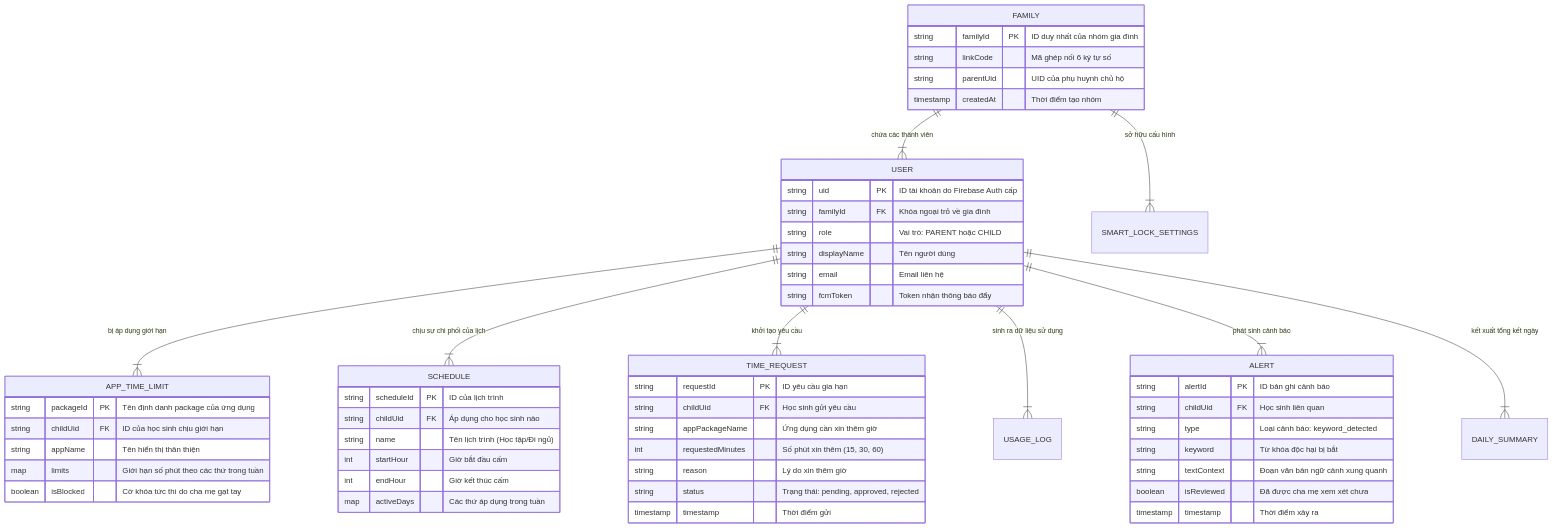
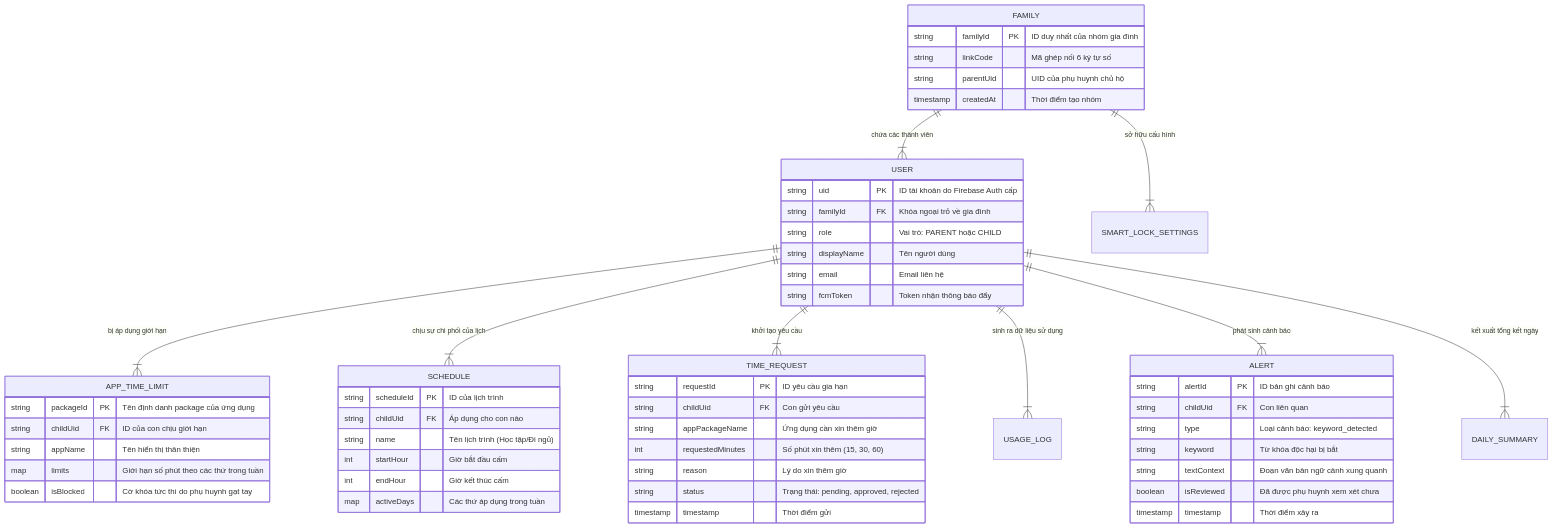
Diagram 14 of 20 in docs/Kura_Technical_Analysis.md (minhduc01168/KidGuardian-THPT), drawn with Mermaid before and after one commit. The commit also changed other lines of this file, not shown here.

Commit message:
docs: standardize terminology to Kura, Phụ huynh and Con, align diagrams with codebase

````diff
--- a/docs/Kura_Technical_Analysis.md
+++ b/docs/Kura_Technical_Analysis.md
@@ -787,64 +787,64 @@
 ```mermaid
 erDiagram
-    FAMILY ||--|{ USER : "chứa các thành viên"
-    FAMILY ||--|{ SMART_LOCK_SETTINGS : "sở hữu cấu hình"
-    USER ||--|{ APP_TIME_LIMIT : "bị áp dụng giới hạn"
-    USER ||--|{ SCHEDULE : "chịu sự chi phối của lịch"
-    USER ||--|{ TIME_REQUEST : "khởi tạo yêu cầu"
-    USER ||--|{ USAGE_LOG : "sinh ra dữ liệu sử dụng"
-    USER ||--|{ ALERT : "phát sinh cảnh báo"
-    USER ||--|{ DAILY_SUMMARY : "kết xuất tổng kết ngày"
+ FAMILY ||--|{ USER : "chứa các thành viên"
+ FAMILY ||--|{ SMART_LOCK_SETTINGS : "sở hữu cấu hình"
+ USER ||--|{ APP_TIME_LIMIT : "bị áp dụng giới hạn"
+ USER ||--|{ SCHEDULE : "chịu sự chi phối của lịch"
+ USER ||--|{ TIME_REQUEST : "khởi tạo yêu cầu"
+ USER ||--|{ USAGE_LOG : "sinh ra dữ liệu sử dụng"
+ USER ||--|{ ALERT : "phát sinh cảnh báo"
+ USER ||--|{ DAILY_SUMMARY : "kết xuất tổng kết ngày"
 
-    FAMILY {
-        string familyId PK "ID duy nhất của nhóm gia đình"
-        string linkCode "Mã ghép nối 6 ký tự số"
-        string parentUid "UID của phụ huynh chủ hộ"
-        timestamp createdAt "Thời điểm tạo nhóm"
-    }
+ FAMILY {
+ string familyId PK "ID duy nhất của nhóm gia đình"
+ string linkCode "Mã ghép nối 6 ký tự số"
+ string parentUid "UID của phụ huynh chủ hộ"
+ timestamp createdAt "Thời điểm tạo nhóm"
+ }
 
-    USER {
-        string uid PK "ID tài khoản do Firebase Auth cấp"
-        string familyId FK "Khóa ngoại trỏ về gia đình"
-        string role "Vai trò: PARENT hoặc CHILD"
-        string displayName "Tên người dùng"
-        string email "Email liên hệ"
-        string fcmToken "Token nhận thông báo đẩy"
-    }
+ USER {
+ string uid PK "ID tài khoản do Firebase Auth cấp"
+ string familyId FK "Khóa ngoại trỏ về gia đình"
+ string role "Vai trò: PARENT hoặc CHILD"
+ string displayName "Tên người dùng"
+ string email "Email liên hệ"
+ string fcmToken "Token nhận thông báo đẩy"
+ }
 
-    APP_TIME_LIMIT {
-        string packageId PK "Tên định danh package của ứng dụng"
-        string childUid FK "ID của học sinh chịu giới hạn"
-        string appName "Tên hiển thị thân thiện"
-        map limits "Giới hạn số phút theo các thứ trong tuần"
-        boolean isBlocked "Cờ khóa tức thì do cha mẹ gạt tay"
-    }
+ APP_TIME_LIMIT {
+ string packageId PK "Tên định danh package của ứng dụng"
+ string childUid FK "ID của con chịu giới hạn"
+ string appName "Tên hiển thị thân thiện"
+ map limits "Giới hạn số phút theo các thứ trong tuần"
+ boolean isBlocked "Cờ khóa tức thì do phụ huynh gạt tay"
+ }
 
-    SCHEDULE {
-        string scheduleId PK "ID của lịch trình"
-        string childUid FK "Áp dụng cho học sinh nào"
-        string name "Tên lịch trình (Học tập/Đi ngủ)"
-        int startHour "Giờ bắt đầu cấm"
-        int endHour "Giờ kết thúc cấm"
-        map activeDays "Các thứ áp dụng trong tuần"
-    }
+ SCHEDULE {
+ string scheduleId PK "ID của lịch trình"
+ string childUid FK "Áp dụng cho con nào"
+ string name "Tên lịch trình (Học tập/Đi ngủ)"
+ int startHour "Giờ bắt đầu cấm"
+ int endHour "Giờ kết thúc cấm"
+ map activeDays "Các thứ áp dụng trong tuần"
+ }
 
-    TIME_REQUEST {
-        string requestId PK "ID yêu cầu gia hạn"
-        string childUid FK "Học sinh gửi yêu cầu"
-        string appPackageName "Ứng dụng cần xin thêm giờ"
-        int requestedMinutes "Số phút xin thêm (15, 30, 60)"
-        string reason "Lý do xin thêm giờ"
-        string status "Trạng thái: pending, approved, rejected"
-        timestamp timestamp "Thời điểm gửi"
-    }
+ TIME_REQUEST {
+ string requestId PK "ID yêu cầu gia hạn"
+ string childUid FK "Con gửi yêu cầu"
+ string appPackageName "Ứng dụng cần xin thêm giờ"
+ int requestedMinutes "Số phút xin thêm (15, 30, 60)"
+ string reason "Lý do xin thêm giờ"
+ string status "Trạng thái: pending, approved, rejected"
+ timestamp timestamp "Thời điểm gửi"
+ }
 
-    ALERT {
-        string alertId PK "ID bản ghi cảnh báo"
-        string childUid FK "Học sinh liên quan"
-        string type "Loại cảnh báo: keyword_detected"
-        string keyword "Từ khóa độc hại bị bắt"
-        string textContext "Đoạn văn bản ngữ cảnh xung quanh"
-        boolean isReviewed "Đã được cha mẹ xem xét chưa"
-        timestamp timestamp "Thời điểm xảy ra"
-    }
+ ALERT {
+ string alertId PK "ID bản ghi cảnh báo"
+ string childUid FK "Con liên quan"
+ string type "Loại cảnh báo: keyword_detected"
+ string keyword "Từ khóa độc hại bị bắt"
+ string textContext "Đoạn văn bản ngữ cảnh xung quanh"
+ boolean isReviewed "Đã được phụ huynh xem xét chưa"
+ timestamp timestamp "Thời điểm xảy ra"
+ }
 ```
````
